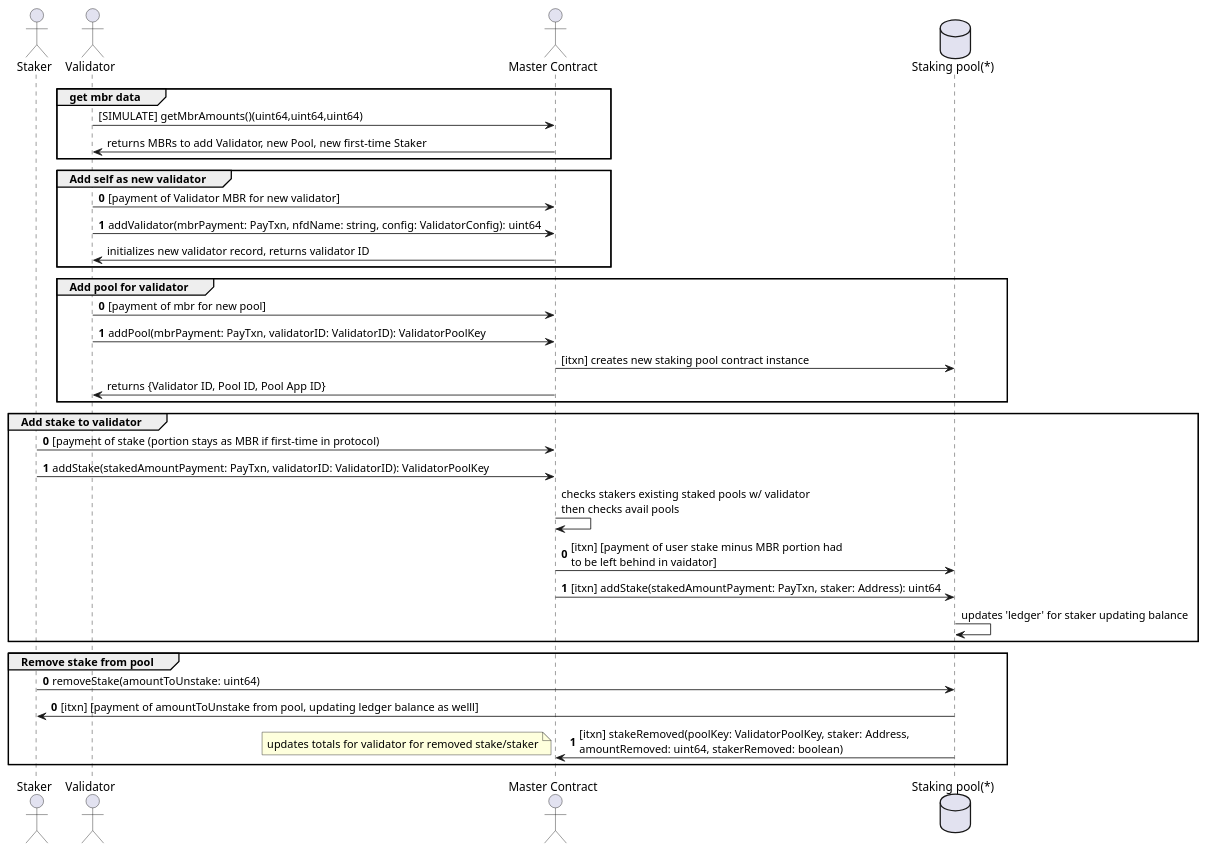
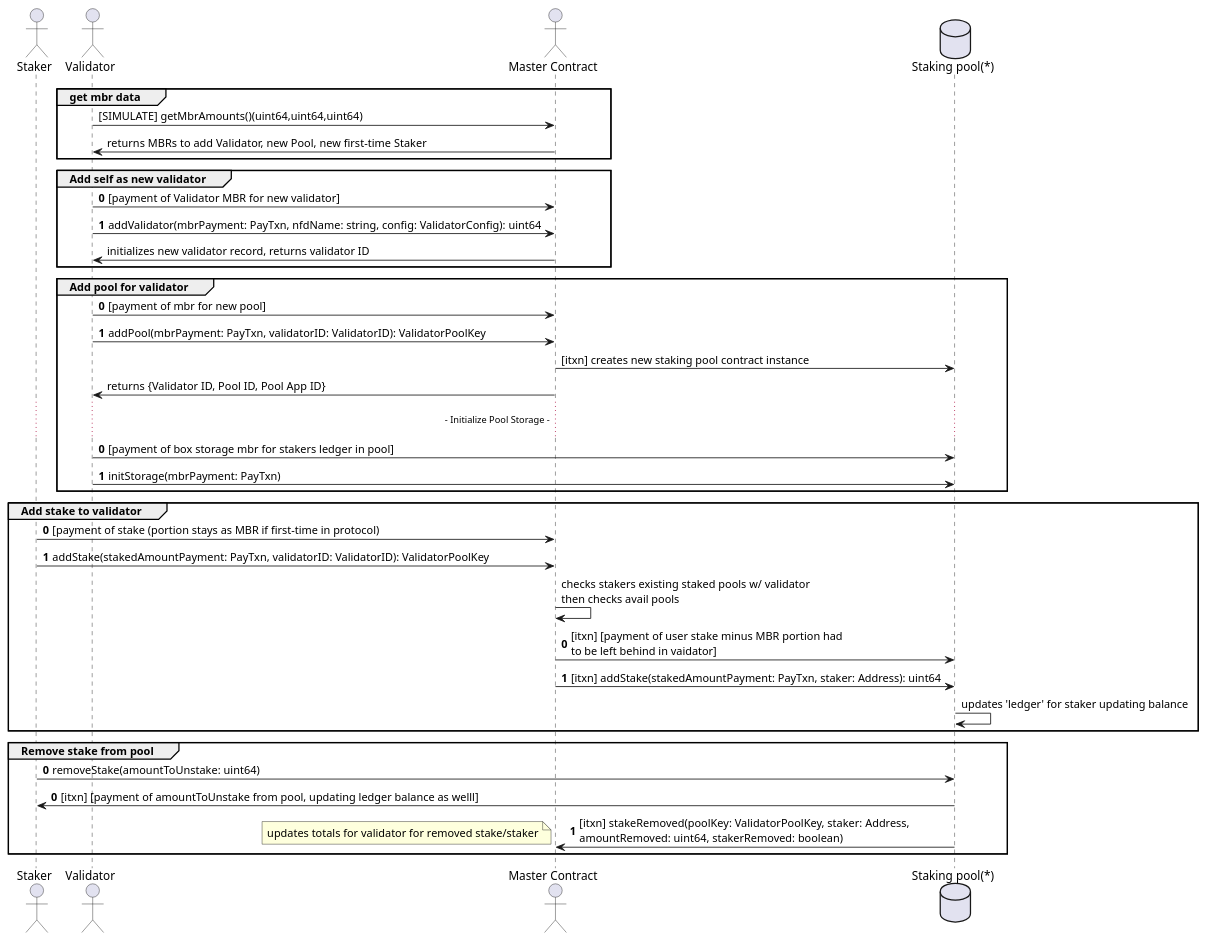
Before and after one commit to TxnLab/reti: the diagram in docs/diagrams/validator.puml, drawn with PlantUML. The commit also changed 2 other files, not shown here.

Commit message:
Update diagram to include initStorage step in adding of a staking pool

```diff
--- a/docs/diagrams/validator.puml
+++ b/docs/diagrams/validator.puml
@@ -1,45 +1,50 @@
 @startuml
 actor "Staker" as staker
 actor "Validator" as validator
 actor "Master Contract" as master
 database "Staking pool(*)" as pool
 group get mbr data
 validator -> master: [SIMULATE] getMbrAmounts()(uint64,uint64,uint64)
 master->validator: returns MBRs to add Validator, new Pool, new first-time Staker
 end
 group Add self as new validator
 autonumber 0
 validator -> master: [payment of Validator MBR for new validator]
 validator -> master: addValidator(mbrPayment: PayTxn, nfdName: string, config: ValidatorConfig): uint64
 autonumber stop
 master -> validator: initializes new validator record, returns validator ID
 end
 group Add pool for validator
 autonumber 0
 validator -> master: [payment of mbr for new pool]
 validator -> master: addPool(mbrPayment: PayTxn, validatorID: ValidatorID): ValidatorPoolKey
 autonumber stop
 master -> pool: [itxn] creates new staking pool contract instance
 master -> validator: returns {Validator ID, Pool ID, Pool App ID}
+...  - Initialize Pool Storage - ...
+autonumber 0
+validator -> pool: [payment of box storage mbr for stakers ledger in pool]
+validator -> pool: initStorage(mbrPayment: PayTxn)
+autonumber stop
 end
 group Add stake to validator
 autonumber 0
 staker -> master: [payment of stake (portion stays as MBR if first-time in protocol)
 staker -> master:  addStake(stakedAmountPayment: PayTxn, validatorID: ValidatorID): ValidatorPoolKey
 autonumber stop
 master -> master: checks stakers existing staked pools w/ validator\nthen checks avail pools
 autonumber 0
 master -> pool: [itxn] [payment of user stake minus MBR portion had\nto be left behind in vaidator]
 master -> pool: [itxn] addStake(stakedAmountPayment: PayTxn, staker: Address): uint64
 autonumber stop
 pool -> pool: updates 'ledger' for staker updating balance
 end
 group Remove stake from pool
 autonumber 0
 staker -> pool: removeStake(amountToUnstake: uint64)
 autonumber 0
 pool -> staker: [itxn] [payment of amountToUnstake from pool, updating ledger balance as welll]
 pool -> master: [itxn] stakeRemoved(poolKey: ValidatorPoolKey, staker: Address,\namountRemoved: uint64, stakerRemoved: boolean)
 note left: updates totals for validator for removed stake/staker
 end
 @enduml
```
